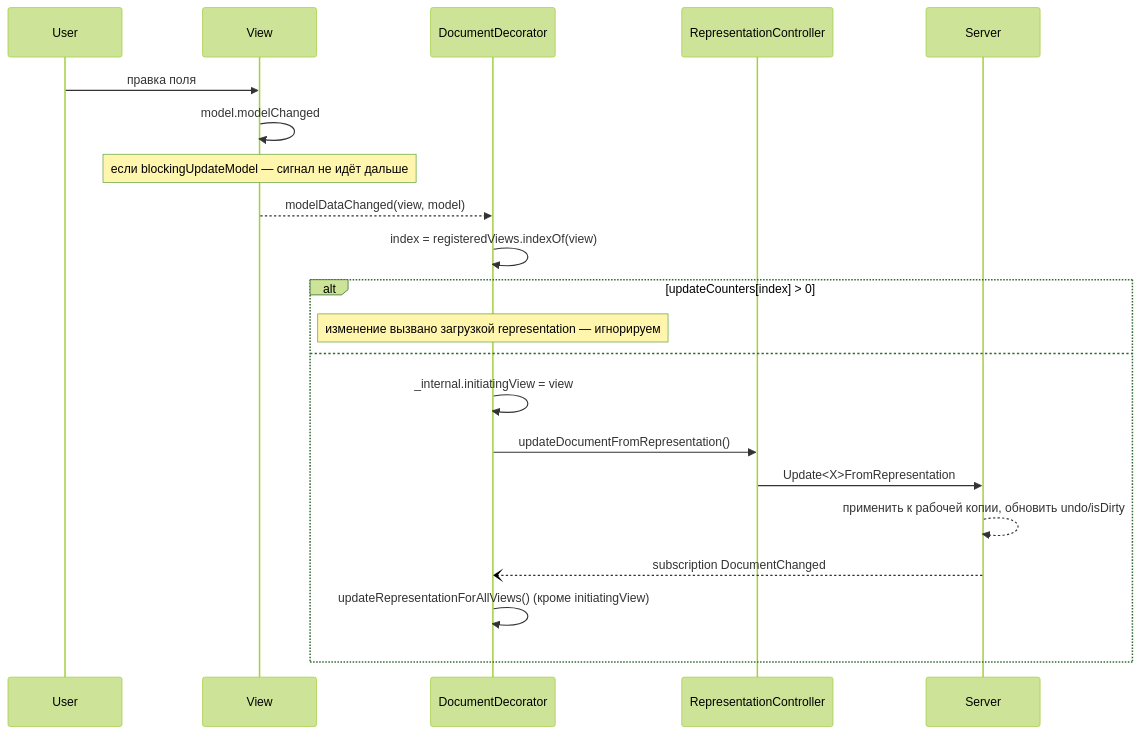
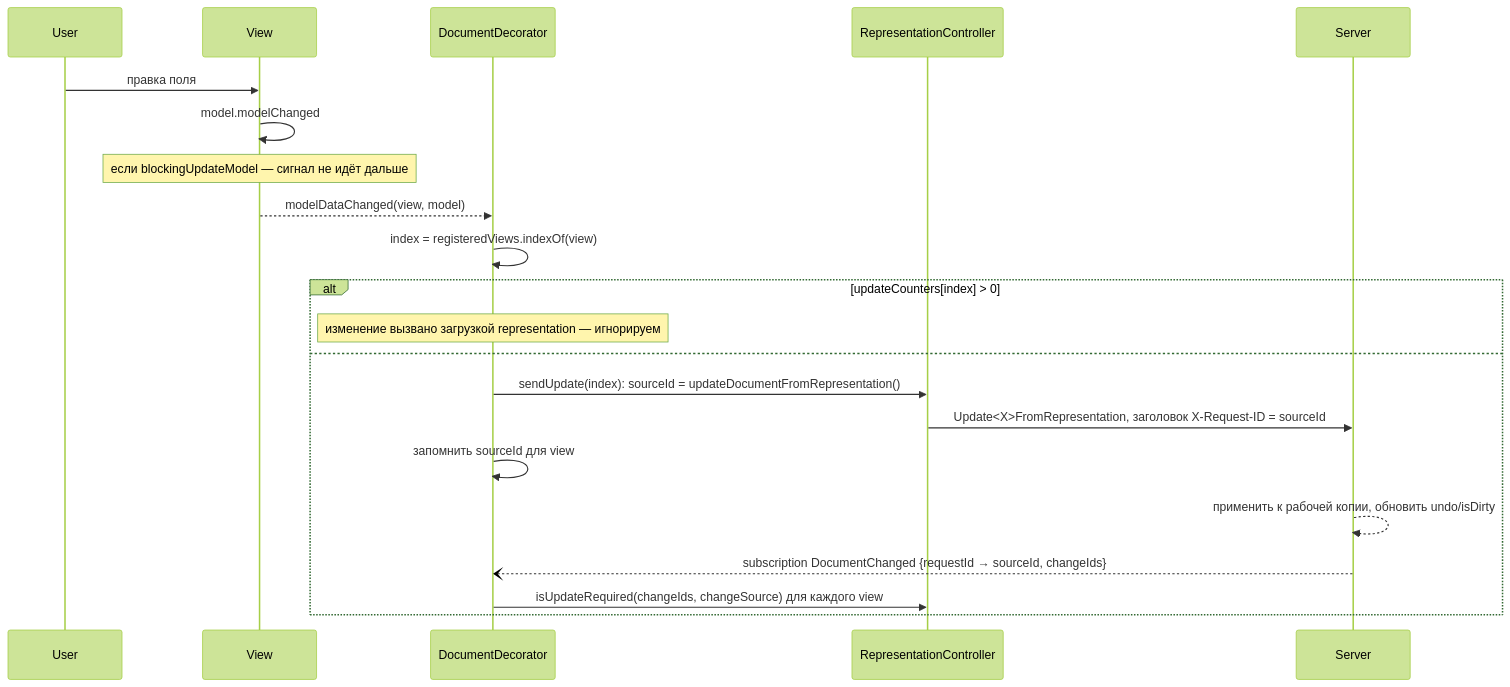
Before and after one commit to ImagingTools/ImtCore: the second of 2 diagrams in Docs/Qml/DocumentService_Client_Architecture.ru.md, drawn with Mermaid (forest theme). The commit also changed other lines of this file and 40 other files, not shown here.

First line of the commit message:
Let representation controllers decide on DocumentChanged by changeIds and the source request (#1079)

````diff
--- a/Docs/Qml/DocumentService_Client_Architecture.ru.md
+++ b/Docs/Qml/DocumentService_Client_Architecture.ru.md
@@ -723,24 +728,24 @@
 ```mermaid
 sequenceDiagram
     participant U as User
     participant V as View
     participant D as DocumentDecorator
     participant RC as RepresentationController
     participant S as Server
 
     U->>V: правка поля
     V->>V: model.modelChanged
     Note over V: если blockingUpdateModel — сигнал не идёт дальше
     V-->>D: modelDataChanged(view, model)
     D->>D: index = registeredViews.indexOf(view)
     alt updateCounters[index] > 0
         Note over D: изменение вызвано загрузкой representation — игнорируем
     else
-        D->>D: _internal.initiatingView = view
-        D->>RC: updateDocumentFromRepresentation()
-        RC->>S: Update<X>FromRepresentation
+        D->>RC: sendUpdate(index): sourceId = updateDocumentFromRepresentation()
+        RC->>S: Update<X>FromRepresentation, заголовок X-Request-ID = sourceId
+        D->>D: запомнить sourceId для view
         S-->>S: применить к рабочей копии, обновить undo/isDirty
-        S--)D: subscription DocumentChanged
-        D->>D: updateRepresentationForAllViews()  (кроме initiatingView)
+        S--)D: subscription DocumentChanged {requestId → sourceId, changeIds}
+        D->>RC: isUpdateRequired(changeIds, changeSource) для каждого view
     end
 ```
````
